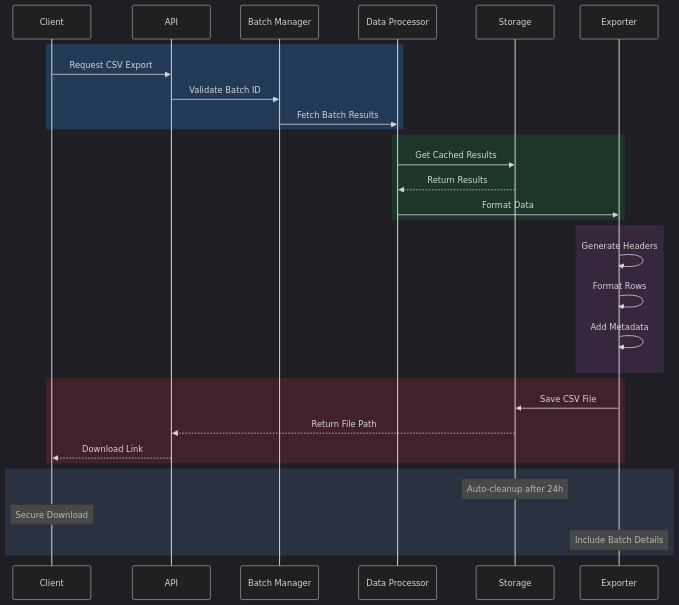
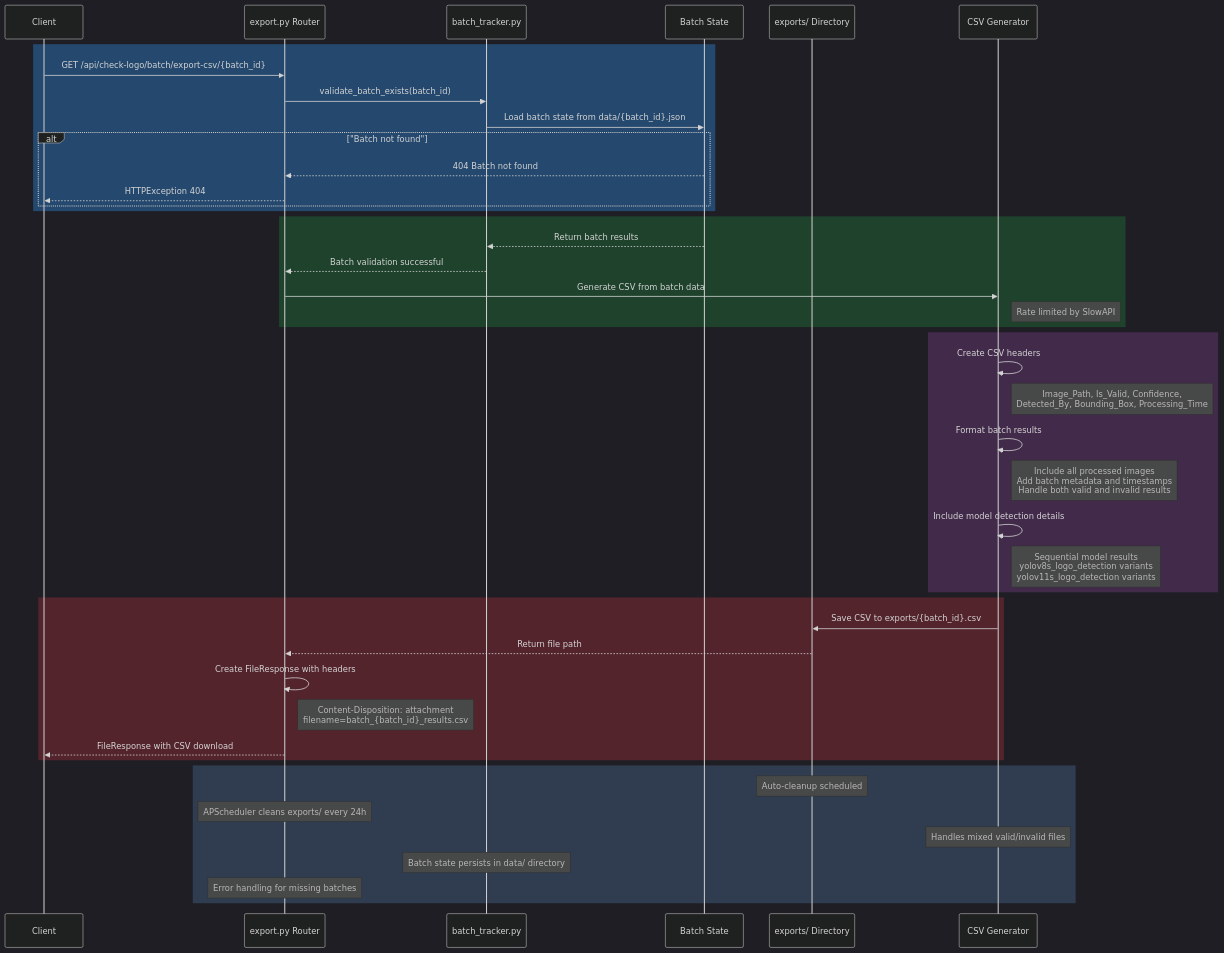
Before and after one commit to Dhruv0306/SymphonyProject1: the ninth of 9 diagrams in README.md, drawn with Mermaid. The commit also changed other lines of this file and 36 other files, not shown here.

First line of the commit message:
docs: enhance architecture and feature documentation

````diff
--- a/README.md
+++ b/README.md
@@ -518,40 +675,52 @@
 ```mermaid
 %%{init: {'theme': 'dark', 'themeVariables': { 'fontFamily': 'arial', 'fontSize': '18px', 'fontWeight': 'bold'}}}%%
 sequenceDiagram
     participant C as Client
-    participant A as API
-    participant B as Batch Manager
-    participant D as Data Processor
-    participant S as Storage
-    participant E as Exporter
+    participant A as export.py Router
+    participant B as batch_tracker.py
+    participant D as Batch State
+    participant S as exports/ Directory
+    participant E as CSV Generator
 
-    rect rgba(40, 100, 160, 0.4)
-        C->>A: Request CSV Export
-        A->>B: Validate Batch ID
-        B->>D: Fetch Batch Results
+    rect rgba(40, 100, 160, 0.6)
+        C->>A: GET /api/check-logo/batch/export-csv/{batch_id}
+        A->>B: validate_batch_exists(batch_id)
+        B->>D: Load batch state from data/{batch_id}.json
+        alt "Batch not found"
+            D-->>A: 404 Batch not found
+            A-->>C: HTTPException 404
+        end
     end
 
-    rect rgba(30, 90, 50, 0.4)
-        D->>S: Get Cached Results
-        S-->>D: Return Results
-        D->>E: Format Data
+    rect rgba(30, 90, 50, 0.6)
+        D-->>B: Return batch results
+        B-->>A: Batch validation successful
+        A->>E: Generate CSV from batch data
+        Note right of E: Rate limited by SlowAPI
     end
 
-    rect rgba(90, 50, 100, 0.4)
-        E->>E: Generate Headers
-        E->>E: Format Rows
-        E->>E: Add Metadata
+    rect rgba(90, 50, 100, 0.6)
+        E->>E: Create CSV headers
+        Note right of E: Image_Path, Is_Valid, Confidence,<br/>Detected_By, Bounding_Box, Processing_Time
+        E->>E: Format batch results
+        Note right of E: Include all processed images<br/>Add batch metadata and timestamps<br/>Handle both valid and invalid results
+        E->>E: Include model detection details
+        Note right of E: Sequential model results<br/>yolov8s_logo_detection variants<br/>yolov11s_logo_detection variants
     end
 
-    rect rgba(120, 40, 50, 0.4)
-        E->>S: Save CSV File
-        S-->>A: Return File Path
-        A-->>C: Download Link
+    rect rgba(120, 40, 50, 0.6)
+        E->>S: Save CSV to exports/{batch_id}.csv
+        S-->>A: Return file path
+        A->>A: Create FileResponse with headers
+        Note right of A: Content-Disposition: attachment<br/>filename=batch_{batch_id}_results.csv
+        A-->>C: FileResponse with CSV download
     end
 
-    rect rgba(60, 80, 110, 0.4)
-        Note over S: Auto-cleanup after 24h
-        Note over C: Secure Download
-        Note over E: Include Batch Details
+    rect rgba(60, 80, 110, 0.6)
+        Note over S: Auto-cleanup scheduled
+        Note over A: APScheduler cleans exports/ every 24h
+        Note over E: Handles mixed valid/invalid files
+        Note over B: Batch state persists in data/ directory
+        Note over A: Error handling for missing batches
     end
 ```
````
